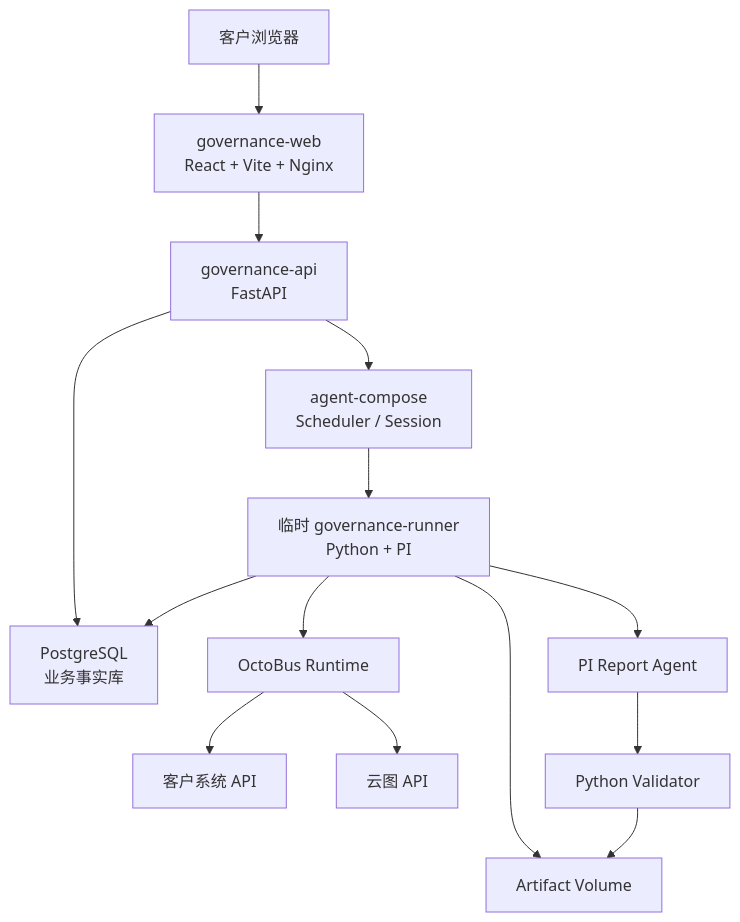
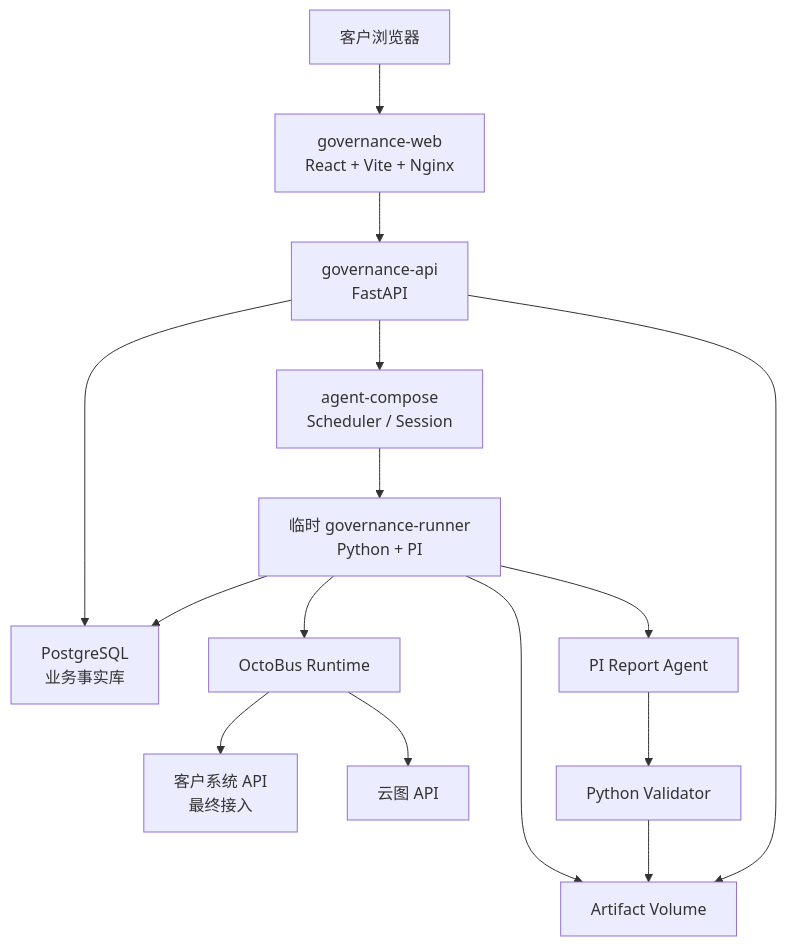
One commit to Notyet1307/Exposure-Agent changed the first of 3 diagrams in docs/architecture/commercial-function-and-data-architecture-v0.1.md. Above: the diagram before and after it, drawn with Mermaid. The commit also changed other lines of this file and 4 other files, not shown here.

````diff
--- a/docs/architecture/commercial-function-and-data-architecture-v0.1.md
+++ b/docs/architecture/commercial-function-and-data-architecture-v0.1.md
@@ -152,19 +154,20 @@
 ```mermaid
 flowchart TD
     USER["客户浏览器"] --> WEB["governance-web<br/>React + Vite + Nginx"]
     WEB --> API["governance-api<br/>FastAPI"]
     API --> PG["PostgreSQL<br/>业务事实库"]
     API --> AC["agent-compose<br/>Scheduler / Session"]
+    API --> ART["Artifact Volume"]
 
     AC --> RUNNER["临时 governance-runner<br/>Python + PI"]
     RUNNER --> PG
     RUNNER --> OCTO["OctoBus Runtime"]
     RUNNER --> ART["Artifact Volume"]
 
-    OCTO --> CUSTOMER["客户系统 API"]
+    OCTO --> CUSTOMER["客户系统 API<br/>最终接入"]
     OCTO --> ATLAS["云图 API"]
 
     RUNNER --> PI["PI Report Agent"]
     PI --> VALIDATOR["Python Validator"]
     VALIDATOR --> ART
 ```
````
